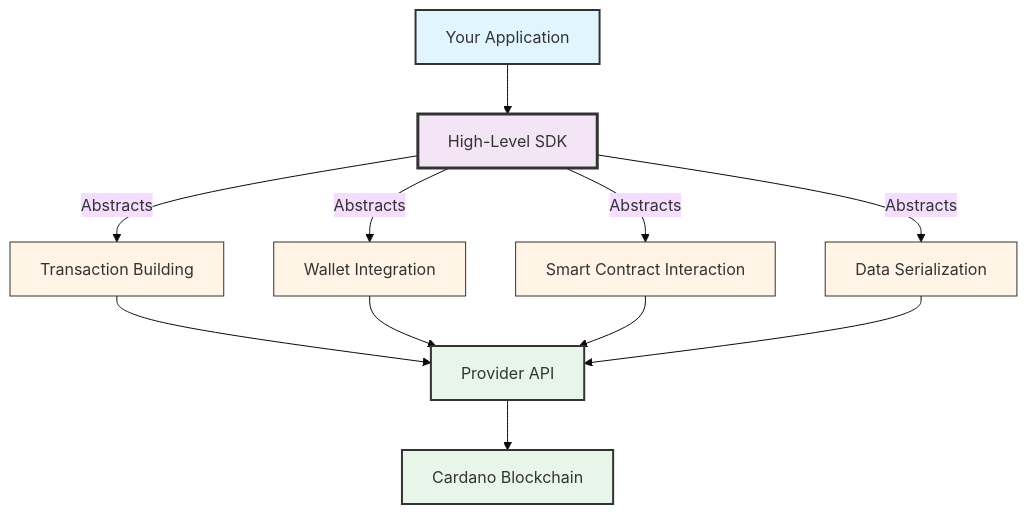
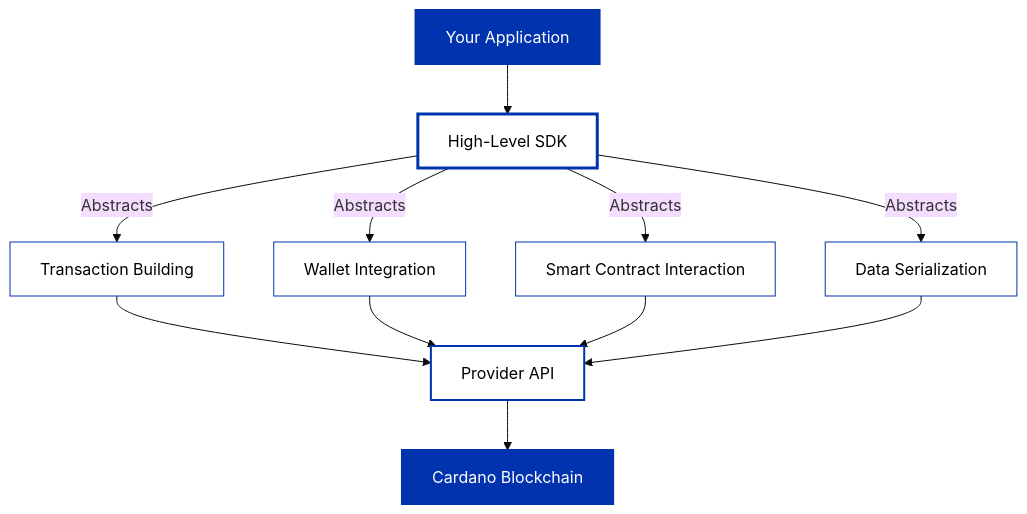
Before and after one commit to cardano-foundation/developer-portal: the diagram in docs/get-started/high-level-sdks-overview.md, drawn with Mermaid (base theme). The commit also changed 14 other files, not shown here.

Commit message:
cardano unified color scheme for mermaid diagrams

````diff
--- a/docs/get-started/high-level-sdks-overview.md
+++ b/docs/get-started/high-level-sdks-overview.md
@@ -13,27 +13,27 @@
 ```mermaid
 graph TB
     App[Your Application]
 
     App --> SDK[High-Level SDK]
 
     SDK --> |Abstracts| TxBuilder[Transaction Building]
     SDK --> |Abstracts| Wallet[Wallet Integration]
     SDK --> |Abstracts| Contract[Smart Contract Interaction]
     SDK --> |Abstracts| Data[Data Serialization]
 
     TxBuilder --> Provider[Provider API]
     Wallet --> Provider
     Contract --> Provider
     Data --> Provider
 
     Provider --> Blockchain[Cardano Blockchain]
 
-    style App fill:#e1f5ff,stroke:#333,stroke-width:2px
-    style SDK fill:#f3e5f5,stroke:#333,stroke-width:3px
-    style TxBuilder fill:#fff4e6,stroke:#333,stroke-width:1px
-    style Wallet fill:#fff4e6,stroke:#333,stroke-width:1px
-    style Contract fill:#fff4e6,stroke:#333,stroke-width:1px
-    style Data fill:#fff4e6,stroke:#333,stroke-width:1px
-    style Provider fill:#e8f5e9,stroke:#333,stroke-width:2px
-    style Blockchain fill:#e8f5e9,stroke:#333,stroke-width:2px
+    style App fill:#0033AD,stroke:#0033AD,stroke-width:2px,color:#FFFFFF
+    style SDK fill:#FFFFFF,stroke:#0033AD,stroke-width:3px,color:#000000
+    style TxBuilder fill:#FFFFFF,stroke:#0033AD,stroke-width:1px,color:#000000
+    style Wallet fill:#FFFFFF,stroke:#0033AD,stroke-width:1px,color:#000000
+    style Contract fill:#FFFFFF,stroke:#0033AD,stroke-width:1px,color:#000000
+    style Data fill:#FFFFFF,stroke:#0033AD,stroke-width:1px,color:#000000
+    style Provider fill:#FFFFFF,stroke:#0033AD,stroke-width:2px,color:#000000
+    style Blockchain fill:#0033AD,stroke:#0033AD,stroke-width:2px,color:#FFFFFF
 ```
````
